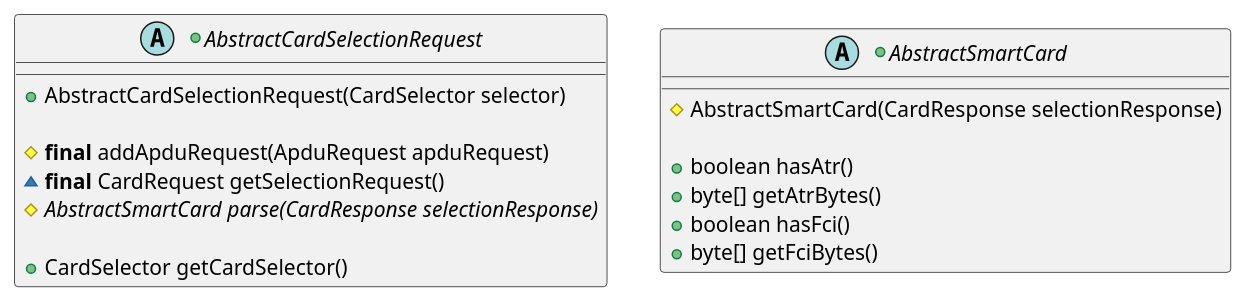
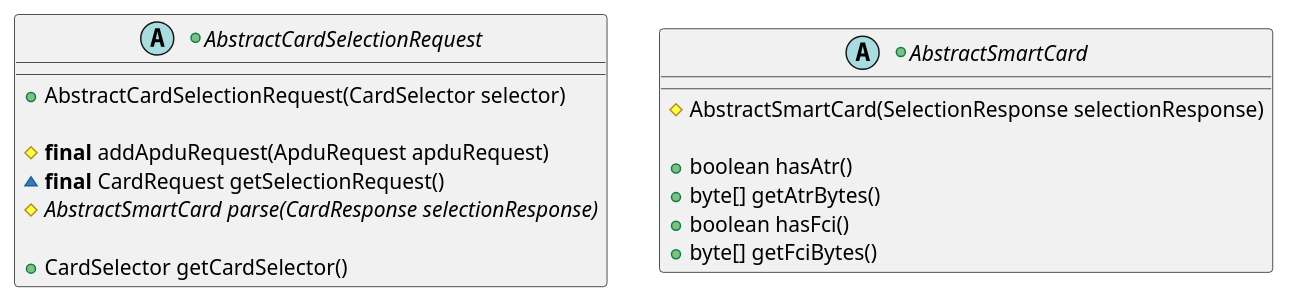
One commit to calypsonet/keyple changed the third of 11 diagrams in src/KeypleCoreApi/puml/KeypleCore_CardSelection_ClassDiag_ClassElements.iuml. Above: the diagram before and after it, drawn with PlantUML. The commit also changed 10 other files, not shown here.

```diff
--- a/src/KeypleCoreApi/puml/KeypleCore_CardSelection_ClassDiag_ClassElements.iuml
+++ b/src/KeypleCoreApi/puml/KeypleCore_CardSelection_ClassDiag_ClassElements.iuml
@@ -36,20 +36,20 @@
 @startuml(id=SELECTION_REQUEST_1_0_0)
 +abstract AbstractCardSelectionRequest {
   +AbstractCardSelectionRequest(CardSelector selector)
 
   #<b>final</b> addApduRequest(ApduRequest apduRequest)
   ~<b>final</b> CardRequest getSelectionRequest()
   {abstract} #AbstractSmartCard parse(CardResponse selectionResponse)
 
   +CardSelector getCardSelector()
 }
 
 +abstract AbstractSmartCard {
-  #AbstractSmartCard(CardResponse selectionResponse)
+  #AbstractSmartCard(SelectionResponse selectionResponse)
 
   +boolean hasAtr()
   +byte[] getAtrBytes()
   +boolean hasFci()
   +byte[] getFciBytes()
 }
 @enduml
```
